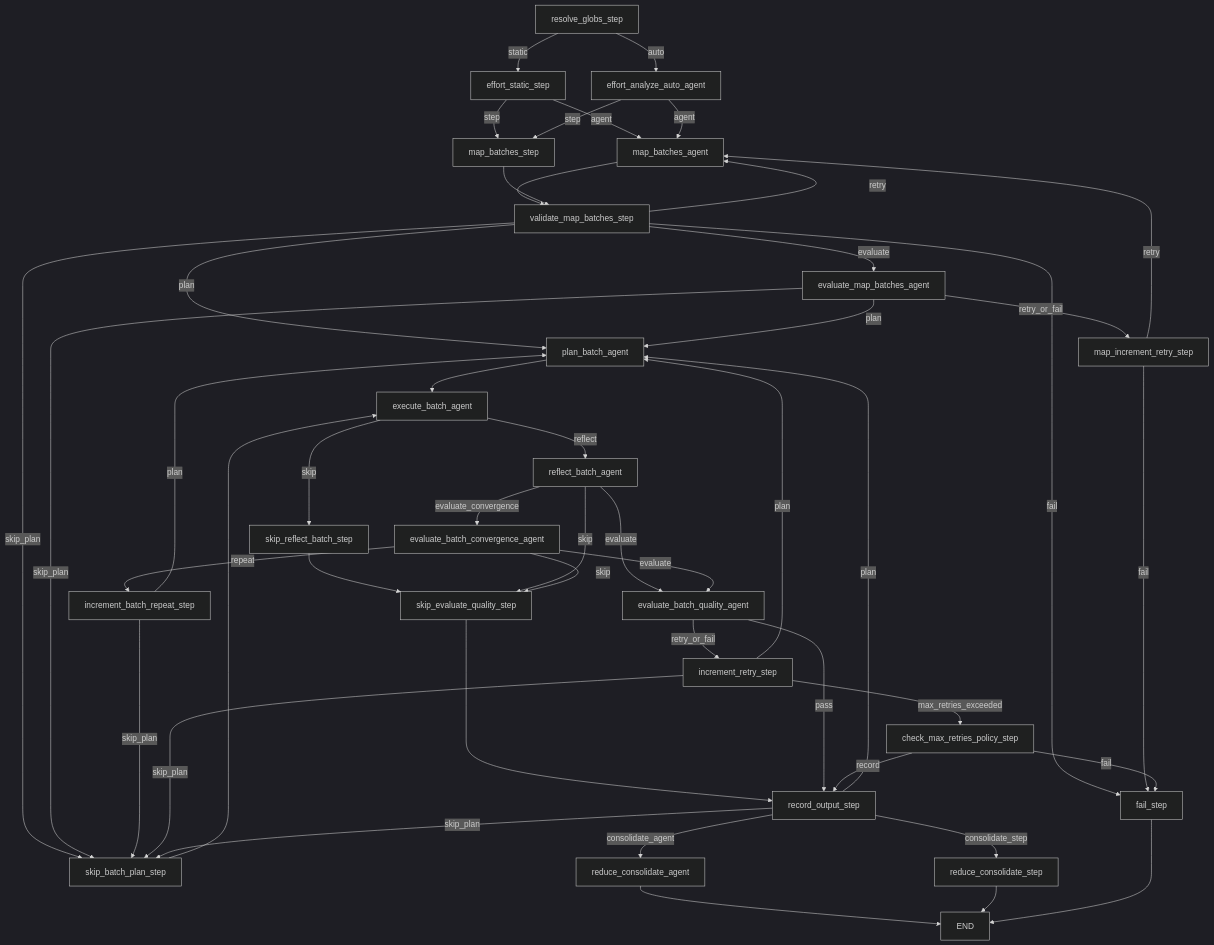
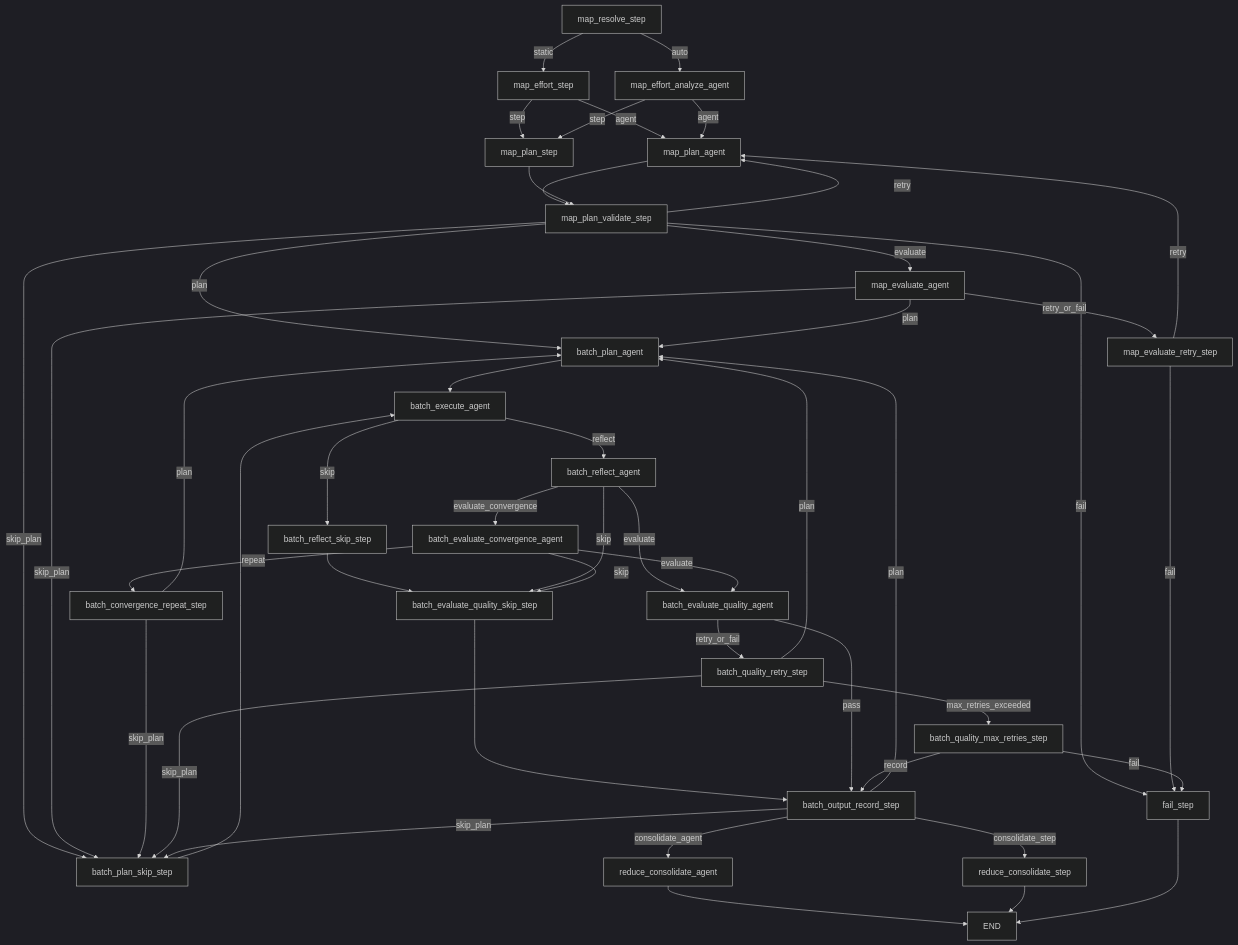
One commit to flaviostutz/deepworkflow changed the diagram in lib/src/deepworkflow/app/workflows/file_batch_workflow/README.md. Above: the diagram before and after it, drawn with Mermaid (dark theme). The commit also changed 96 other files, not shown here.

````diff
--- a/lib/src/deepworkflow/app/workflows/file_batch_workflow/README.md
+++ b/lib/src/deepworkflow/app/workflows/file_batch_workflow/README.md
@@ -7,65 +7,65 @@
 ```mermaid
 graph TD
-    resolve_globs_step --> |static| effort_static_step
-    resolve_globs_step --> |auto| effort_analyze_auto_agent
+    map_resolve_step --> |static| map_effort_step
+    map_resolve_step --> |auto| map_effort_analyze_agent
 
-    effort_static_step --> |agent| map_batches_agent
-    effort_static_step --> |step| map_batches_step
-    effort_analyze_auto_agent --> |agent| map_batches_agent
-    effort_analyze_auto_agent --> |step| map_batches_step
+    map_effort_step --> |agent| map_plan_agent
+    map_effort_step --> |step| map_plan_step
+    map_effort_analyze_agent --> |agent| map_plan_agent
+    map_effort_analyze_agent --> |step| map_plan_step
 
-    map_batches_agent --> validate_map_batches_step
-    map_batches_step --> validate_map_batches_step
+    map_plan_agent --> map_plan_validate_step
+    map_plan_step --> map_plan_validate_step
 
-    validate_map_batches_step --> |fail| fail_step
-    validate_map_batches_step --> |retry| map_batches_agent
-    validate_map_batches_step --> |evaluate| evaluate_map_batches_agent
-    validate_map_batches_step --> |plan| plan_batch_agent
-    validate_map_batches_step --> |skip_plan| skip_batch_plan_step
+    map_plan_validate_step --> |fail| fail_step
+    map_plan_validate_step --> |retry| map_plan_agent
+    map_plan_validate_step --> |evaluate| map_evaluate_agent
+    map_plan_validate_step --> |plan| batch_plan_agent
+    map_plan_validate_step --> |skip_plan| batch_plan_skip_step
 
-    evaluate_map_batches_agent --> |plan| plan_batch_agent
-    evaluate_map_batches_agent --> |skip_plan| skip_batch_plan_step
-    evaluate_map_batches_agent --> |retry_or_fail| map_increment_retry_step
+    map_evaluate_agent --> |plan| batch_plan_agent
+    map_evaluate_agent --> |skip_plan| batch_plan_skip_step
+    map_evaluate_agent --> |retry_or_fail| map_evaluate_retry_step
 
-    map_increment_retry_step --> |retry| map_batches_agent
-    map_increment_retry_step --> |fail| fail_step
+    map_evaluate_retry_step --> |retry| map_plan_agent
+    map_evaluate_retry_step --> |fail| fail_step
 
-    plan_batch_agent --> execute_batch_agent
-    skip_batch_plan_step --> execute_batch_agent
-    execute_batch_agent --> |reflect| reflect_batch_agent
-    execute_batch_agent --> |skip| skip_reflect_batch_step
+    batch_plan_agent --> batch_execute_agent
+    batch_plan_skip_step --> batch_execute_agent
+    batch_execute_agent --> |reflect| batch_reflect_agent
+    batch_execute_agent --> |skip| batch_reflect_skip_step
 
-    skip_reflect_batch_step --> skip_evaluate_quality_step
+    batch_reflect_skip_step --> batch_evaluate_quality_skip_step
 
-    reflect_batch_agent --> |evaluate_convergence| evaluate_batch_convergence_agent
-    reflect_batch_agent --> |evaluate| evaluate_batch_quality_agent
-    reflect_batch_agent --> |skip| skip_evaluate_quality_step
+    batch_reflect_agent --> |evaluate_convergence| batch_evaluate_convergence_agent
+    batch_reflect_agent --> |evaluate| batch_evaluate_quality_agent
+    batch_reflect_agent --> |skip| batch_evaluate_quality_skip_step
 
-    evaluate_batch_convergence_agent --> |repeat| increment_batch_repeat_step
-    evaluate_batch_convergence_agent --> |evaluate| evaluate_batch_quality_agent
-    evaluate_batch_convergence_agent --> |skip| skip_evaluate_quality_step
+    batch_evaluate_convergence_agent --> |repeat| batch_convergence_repeat_step
+    batch_evaluate_convergence_agent --> |evaluate| batch_evaluate_quality_agent
+    batch_evaluate_convergence_agent --> |skip| batch_evaluate_quality_skip_step
 
-    increment_batch_repeat_step --> |plan| plan_batch_agent
-    increment_batch_repeat_step --> |skip_plan| skip_batch_plan_step
+    batch_convergence_repeat_step --> |plan| batch_plan_agent
+    batch_convergence_repeat_step --> |skip_plan| batch_plan_skip_step
 
-    skip_evaluate_quality_step --> record_output_step
+    batch_evaluate_quality_skip_step --> batch_output_record_step
 
-    evaluate_batch_quality_agent --> |pass| record_output_step
-    evaluate_batch_quality_agent --> |retry_or_fail| increment_retry_step
+    batch_evaluate_quality_agent --> |pass| batch_output_record_step
+    batch_evaluate_quality_agent --> |retry_or_fail| batch_quality_retry_step
 
-    increment_retry_step --> |plan| plan_batch_agent
-    increment_retry_step --> |skip_plan| skip_batch_plan_step
-    increment_retry_step --> |max_retries_exceeded| check_max_retries_policy_step
+    batch_quality_retry_step --> |plan| batch_plan_agent
+    batch_quality_retry_step --> |skip_plan| batch_plan_skip_step
+    batch_quality_retry_step --> |max_retries_exceeded| batch_quality_max_retries_step
 
-    check_max_retries_policy_step --> |fail| fail_step
-    check_max_retries_policy_step --> |record| record_output_step
+    batch_quality_max_retries_step --> |fail| fail_step
+    batch_quality_max_retries_step --> |record| batch_output_record_step
 
-    record_output_step --> |plan| plan_batch_agent
-    record_output_step --> |skip_plan| skip_batch_plan_step
-    record_output_step --> |consolidate_agent| reduce_consolidate_agent
-    record_output_step --> |consolidate_step| reduce_consolidate_step
+    batch_output_record_step --> |plan| batch_plan_agent
+    batch_output_record_step --> |skip_plan| batch_plan_skip_step
+    batch_output_record_step --> |consolidate_agent| reduce_consolidate_agent
+    batch_output_record_step --> |consolidate_step| reduce_consolidate_step
 
     reduce_consolidate_agent --> END
     reduce_consolidate_step --> END
     fail_step --> END
 ```
````
